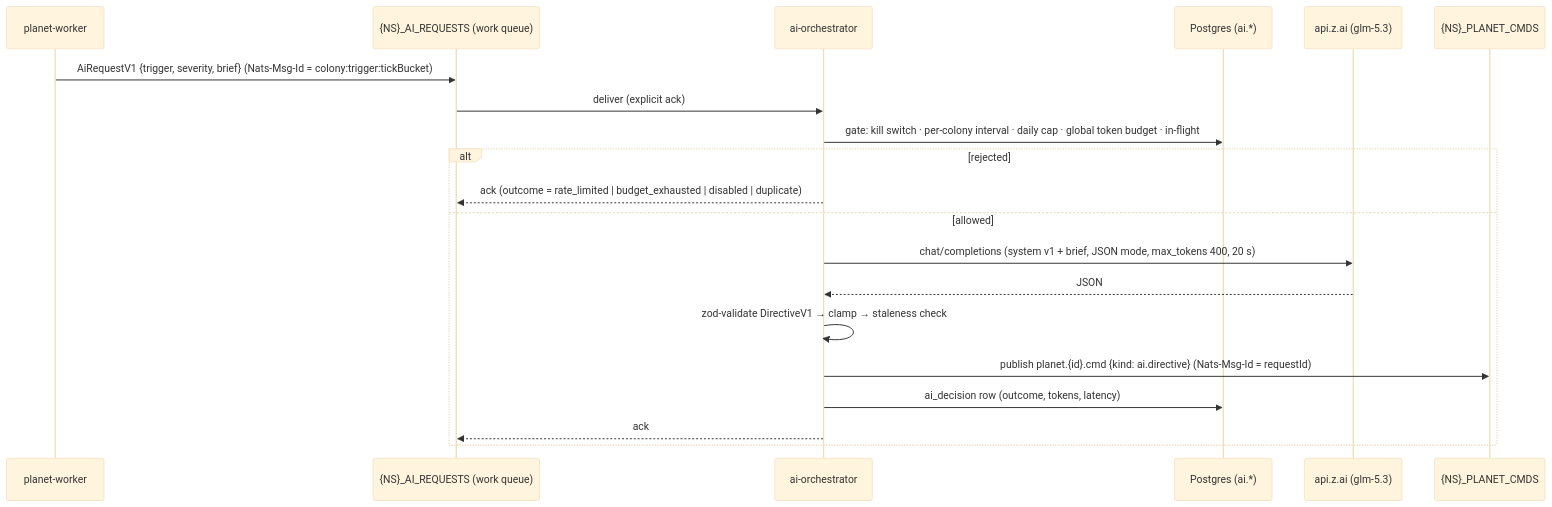
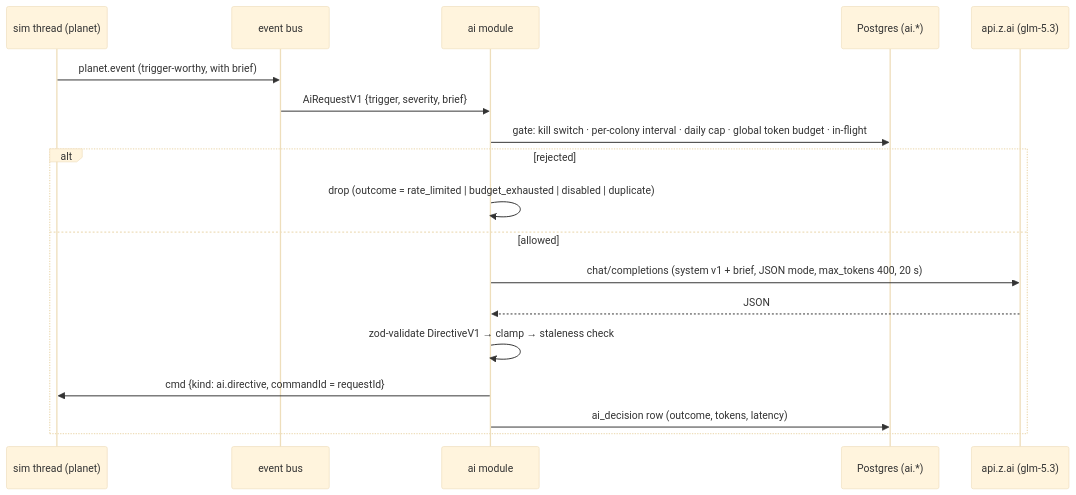
One commit to recferret-bit/terraagent changed the diagram in docs/spec/AI_ORCHESTRATOR.md. Above: the diagram before and after it, drawn with Mermaid (base theme). The commit also changed other lines of this file and 63 other files, not shown here.

````diff
--- a/docs/spec/AI_ORCHESTRATOR.md
+++ b/docs/spec/AI_ORCHESTRATOR.md
@@ -15,22 +15,20 @@
 ```mermaid
 sequenceDiagram
-  participant W as planet-worker
-  participant S as {NS}_AI_REQUESTS (work queue)
-  participant A as ai-orchestrator
+  participant T as sim thread (planet)
+  participant B as event bus
+  participant A as ai module
   participant PG as Postgres (ai.*)
   participant Z as api.z.ai (glm-5.3)
-  participant C as {NS}_PLANET_CMDS
-  W->>S: AiRequestV1 {trigger, severity, brief}  (Nats-Msg-Id = colony:trigger:tickBucket)
-  S->>A: deliver (explicit ack)
+  T->>B: planet.event (trigger-worthy, with brief)
+  B->>A: AiRequestV1 {trigger, severity, brief}
   A->>PG: gate: kill switch · per-colony interval · daily cap · global token budget · in-flight
   alt rejected
-    A-->>S: ack (outcome = rate_limited | budget_exhausted | disabled | duplicate)
+    A->>A: drop (outcome = rate_limited | budget_exhausted | disabled | duplicate)
   else allowed
     A->>Z: chat/completions (system v1 + brief, JSON mode, max_tokens 400, 20 s)
     Z-->>A: JSON
     A->>A: zod-validate DirectiveV1 → clamp → staleness check
-    A->>C: publish planet.{id}.cmd {kind: ai.directive} (Nats-Msg-Id = requestId)
+    A->>T: cmd {kind: ai.directive, commandId = requestId}
     A->>PG: ai_decision row (outcome, tokens, latency)
-    A-->>S: ack
   end
 ```
````
